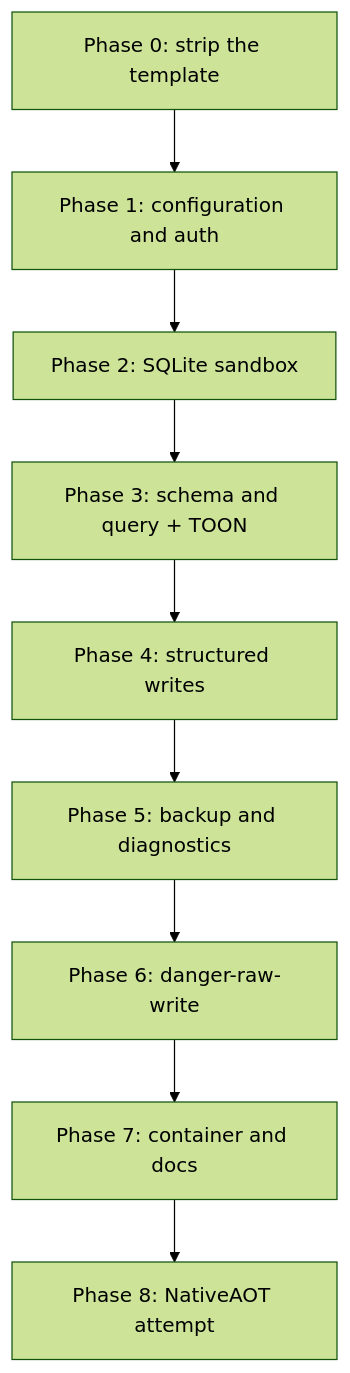
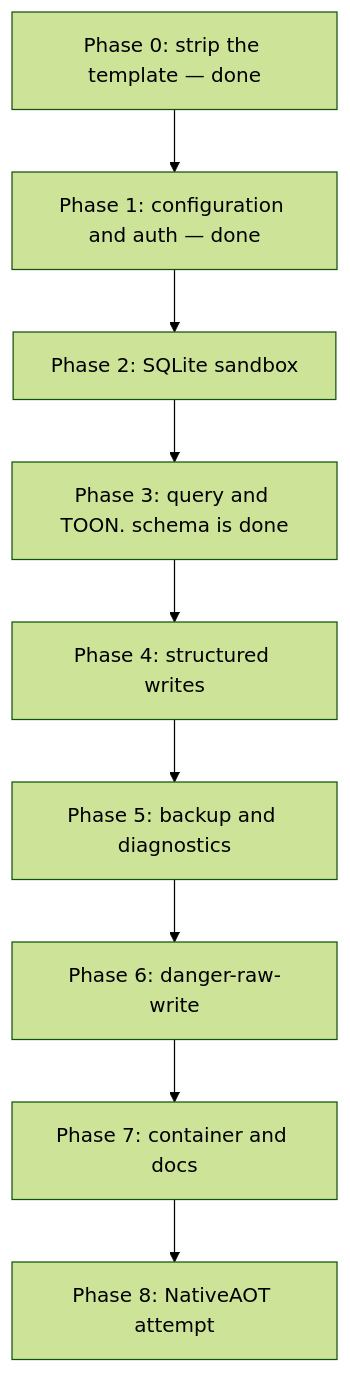
Before and after one commit to xakpc/sqlite-mcp-sidecar: the diagram in .lode/plans/mvp-roadmap.md, drawn with Mermaid (forest theme). The commit also changed other lines of this file and 53 other files, not shown here.

First line of the commit message:
feat(core): configuration, token auth, MCP transport, schema tool, e2e harness

````diff
--- a/.lode/plans/mvp-roadmap.md
+++ b/.lode/plans/mvp-roadmap.md
@@ -15,11 +14,11 @@
 ```mermaid
 flowchart TD
-    p0[Phase 0: strip the template] --> p1[Phase 1: configuration and auth]
+    p0[Phase 0: strip the template — done] --> p1[Phase 1: configuration and auth — done]
     p1 --> p2[Phase 2: SQLite sandbox]
-    p2 --> p3[Phase 3: schema and query + TOON]
+    p2 --> p3[Phase 3: query and TOON. schema is done]
     p3 --> p4[Phase 4: structured writes]
     p4 --> p5[Phase 5: backup and diagnostics]
     p5 --> p6[Phase 6: danger-raw-write]
     p6 --> p7[Phase 7: container and docs]
     p7 --> p8[Phase 8: NativeAOT attempt]
 ```
````
